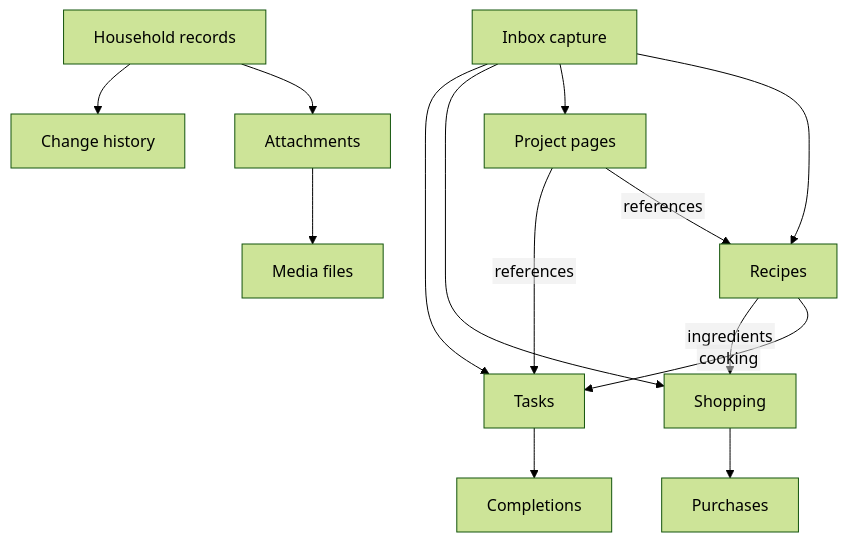
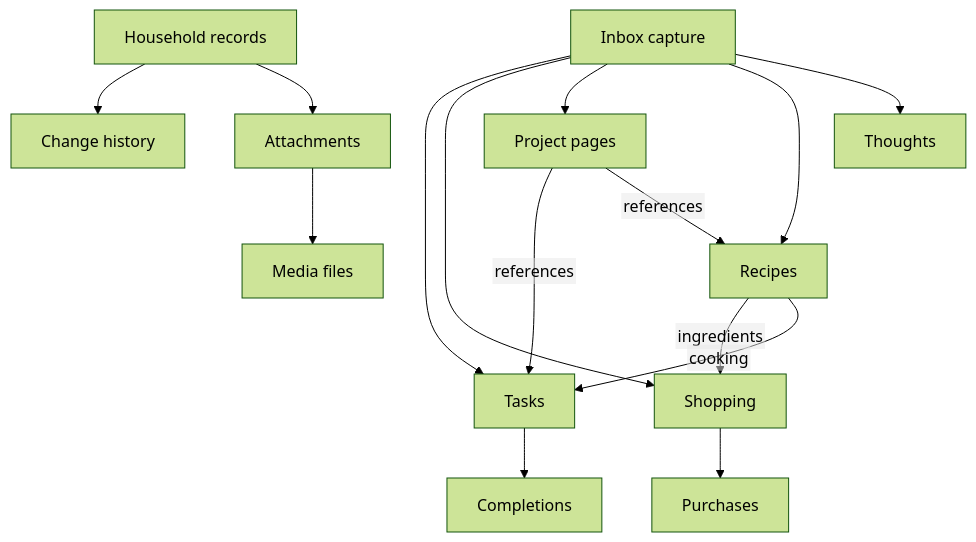
Before and after one commit to trbot86/home: the third of 5 diagrams in README.md, drawn with Mermaid (forest theme). The commit also changed other lines of this file and 36 other files, not shown here.

````diff
--- a/README.md
+++ b/README.md
@@ -72,17 +72,18 @@
 ```mermaid
 %%{init: {"flowchart": {"htmlLabels": false}}}%%
 flowchart TB
   Inbox[Inbox capture] --> Tasks[Tasks]
   Inbox --> Shopping[Shopping]
   Inbox --> Projects[Project pages]
   Inbox --> Recipes[Recipes]
+  Inbox --> Thoughts[Thoughts]
   Recipes -->|ingredients| Shopping
   Recipes -->|cooking| Tasks
   Projects -->|references| Tasks
   Projects -->|references| Recipes
   Tasks --> Done[Completions]
   Shopping --> Purchases[Purchases]
   Records[Household records] --> History[Change history]
   Records --> Attachments[Attachments]
   Attachments --> Media[Media files]
 ```
````
